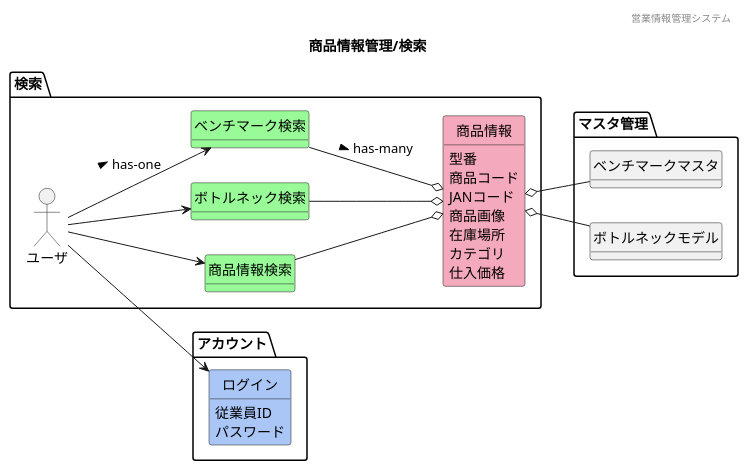
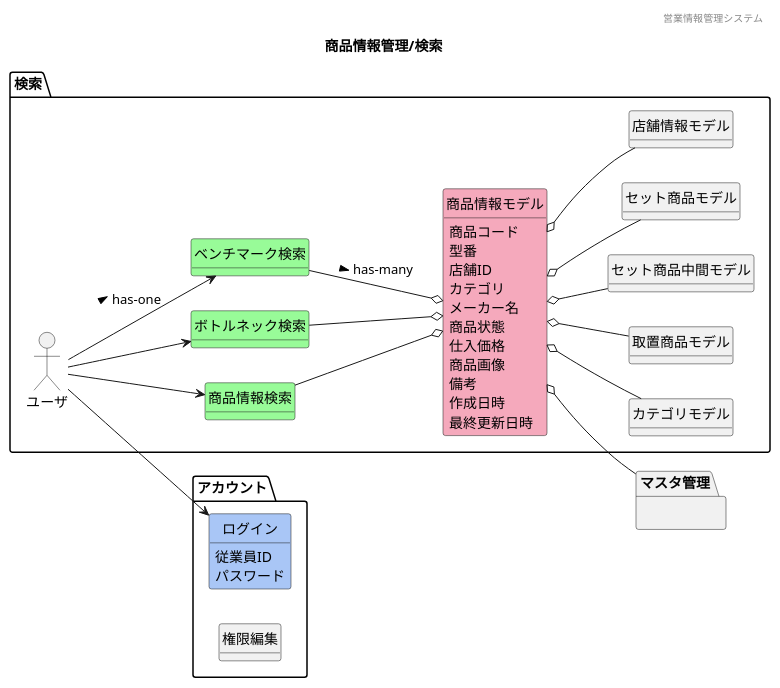
The diagram in 各種設計書/1ドメインモデル図/商品情報管理/F08検索.plantuml (HaruShim/Sotuken), drawn with PlantUML before and after one commit. The commit also changed 13 other files, not shown here.

```diff
--- a/各種設計書/1ドメインモデル図/商品情報管理/F08検索.plantuml
+++ b/各種設計書/1ドメインモデル図/商品情報管理/F08検索.plantuml
@@ -1,51 +1,77 @@
 @startuml images/商品情報管理/検索
 ' ヘッダー
 header 営業情報管理システム
 ' タイトル
 title 商品情報管理/検索
 ' 
 hide circle
 ' 
 hide method
 left to right direction
 
 package "アカウント"{
     class "ログイン" #A9C6F6
+    class "権限編集"
 }
 package "検索"{
 'ユーザや外部システム
     mix_actor "ユーザ"
     class "商品情報検索" #98fb98
     class "ボトルネック検索" #98fb98
     class "ベンチマーク検索" #98fb98
-    class "商品情報" #F5A9BC
+    class "商品情報モデル" #F5A9BC
+    class "カテゴリモデル"
+    class "取置商品モデル"
+    class "セット商品中間モデル"
+    class "セット商品モデル"
+    class "店舗情報モデル"
+    
 }
     package "マスタ管理"{
-        class "ベンチマークマスタ"
-        class "ボトルネックモデル"
-        }
+        ' package ベンチマークマスタ{
+        '     ' class "CPUベンチマークモデル"
+        '     ' class "GPUベンチマークモデル"
+        ' } 
+        ' class "ボトルネックモデル"
+    }
     ' class "" #F5A9BC
     ' class "" #ffd700
 
     'モデル同士の関係
     ユーザ --> 商品情報検索
     ユーザ --> ボトルネック検索
     ユーザ --> ベンチマーク検索 : > has-one
     ユーザ --> ログイン
-    商品情報検索 --o 商品情報
-    ボトルネック検索 --o 商品情報
-    ベンチマーク検索 --o 商品情報 : > has-many
-    商品情報 o-- ボトルネックモデル
-    商品情報 o-- ベンチマークマスタ
+    商品情報検索 --o 商品情報モデル
+    ボトルネック検索 --o 商品情報モデル
+    ベンチマーク検索 --o 商品情報モデル: > has-many
+    商品情報モデル o-- カテゴリモデル
+    商品情報モデル o-- 取置商品モデル
+    商品情報モデル o-- セット商品モデル
+    商品情報モデル o-- セット商品中間モデル
+    商品情報モデル o-- 店舗情報モデル
+    商品情報モデル o-- マスタ管理
 
     'ドメインクラスの属性
-    商品情報 : 型番
-    商品情報 : 商品コード
-    商品情報 : JANコード
-    商品情報 : 商品画像
-    商品情報 : 在庫場所
-    商品情報 : カテゴリ
-    商品情報 : 仕入価格
+    商品情報モデル : 商品コード
+    商品情報モデル : 型番
+    商品情報モデル : 店舗ID
+    商品情報モデル : カテゴリ
+    商品情報モデル : メーカー名
+    商品情報モデル : 商品状態
+    商品情報モデル : 仕入価格
+    商品情報モデル : 商品画像
+    商品情報モデル : 備考
+    商品情報モデル : 作成日時
+    商品情報モデル : 最終更新日時
+
+    ' 商品情報モデル : 商品コード
+    ' 商品情報モデル : 型番
+    ' 商品情報モデル : JANコード
+    ' 商品情報モデル : 商品画像
+    ' 商品情報モデル : 在庫場所
+    ' 商品情報モデル : カテゴリ
+    ' 商品情報モデル : 仕入価格
     ログイン : 従業員ID
     ログイン : パスワード
 @enduml
```
